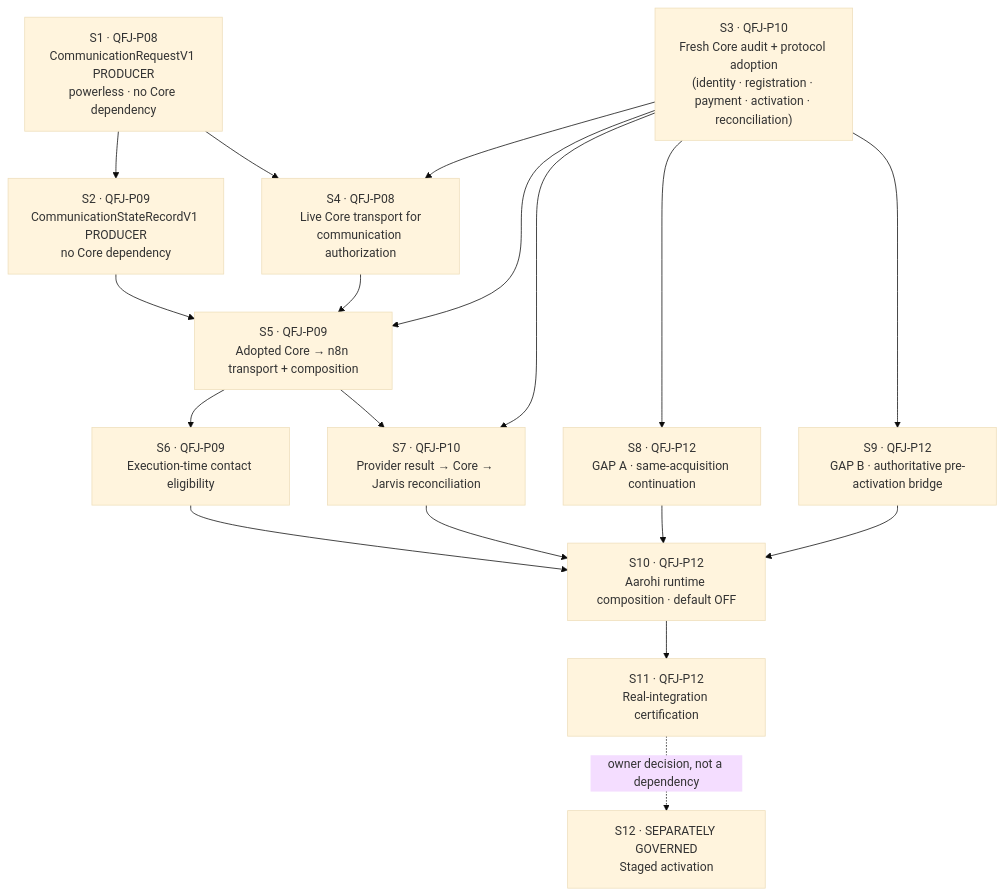
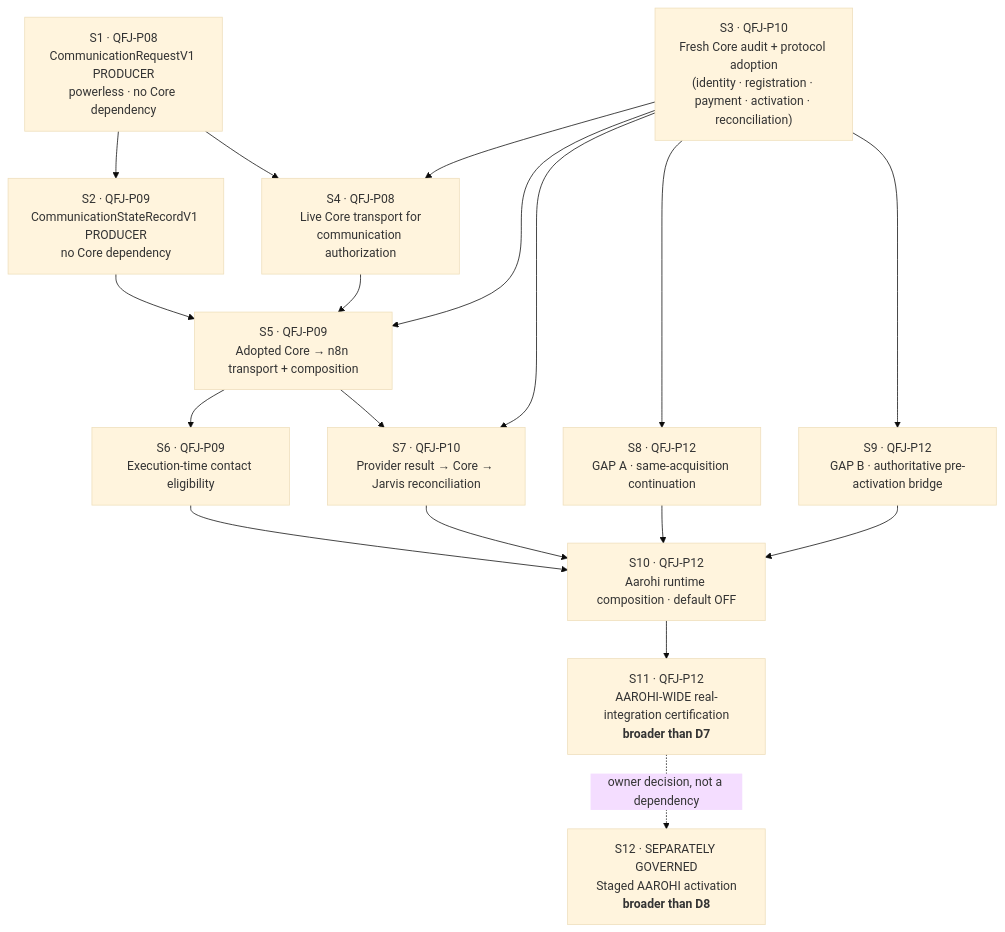
Before and after one commit to quickfurno-maker/qf-jarvis: the first of 2 diagrams in docs/architecture/aarohi-real-execution-integration-plan.md, drawn with Mermaid (base theme). The commit also changed other lines of this file and 6 other files, not shown here.

First line of the commit message:
docs(architecture): apply owner ruling on the D7 entry gate

````diff
--- a/docs/architecture/aarohi-real-execution-integration-plan.md
+++ b/docs/architecture/aarohi-real-execution-integration-plan.md
@@ -124,33 +124,33 @@
 ```mermaid
 flowchart TD
     S1["S1 · QFJ-P08<br/>CommunicationRequestV1 PRODUCER<br/>powerless · no Core dependency"]
     S2["S2 · QFJ-P09<br/>CommunicationStateRecordV1 PRODUCER<br/>no Core dependency"]
     S3["S3 · QFJ-P10<br/>Fresh Core audit + protocol adoption<br/>(identity · registration · payment · activation · reconciliation)"]
     S4["S4 · QFJ-P08<br/>Live Core transport for<br/>communication authorization"]
     S5["S5 · QFJ-P09<br/>Adopted Core → n8n transport + composition"]
     S6["S6 · QFJ-P09<br/>Execution-time contact eligibility"]
     S7["S7 · QFJ-P10<br/>Provider result → Core → Jarvis reconciliation"]
     S8["S8 · QFJ-P12<br/>GAP A · same-acquisition continuation"]
     S9["S9 · QFJ-P12<br/>GAP B · authoritative pre-activation bridge"]
     S10["S10 · QFJ-P12<br/>Aarohi runtime composition · default OFF"]
-    S11["S11 · QFJ-P12<br/>Real-integration certification"]
-    S12["S12 · SEPARATELY GOVERNED<br/>Staged activation"]
+    S11["S11 · QFJ-P12<br/>AAROHI-WIDE real-integration certification<br/><b>broader than D7</b>"]
+    S12["S12 · SEPARATELY GOVERNED<br/>Staged AAROHI activation<br/><b>broader than D8</b>"]
 
     S1 --> S2
     S1 --> S4
     S3 --> S4
     S3 --> S5
     S3 --> S7
     S3 --> S8
     S3 --> S9
     S2 --> S5
     S4 --> S5
     S5 --> S6
     S5 --> S7
     S6 --> S10
     S7 --> S10
     S8 --> S10
     S9 --> S10
     S10 --> S11
     S11 -.owner decision, not a dependency.-> S12
 ```
````
